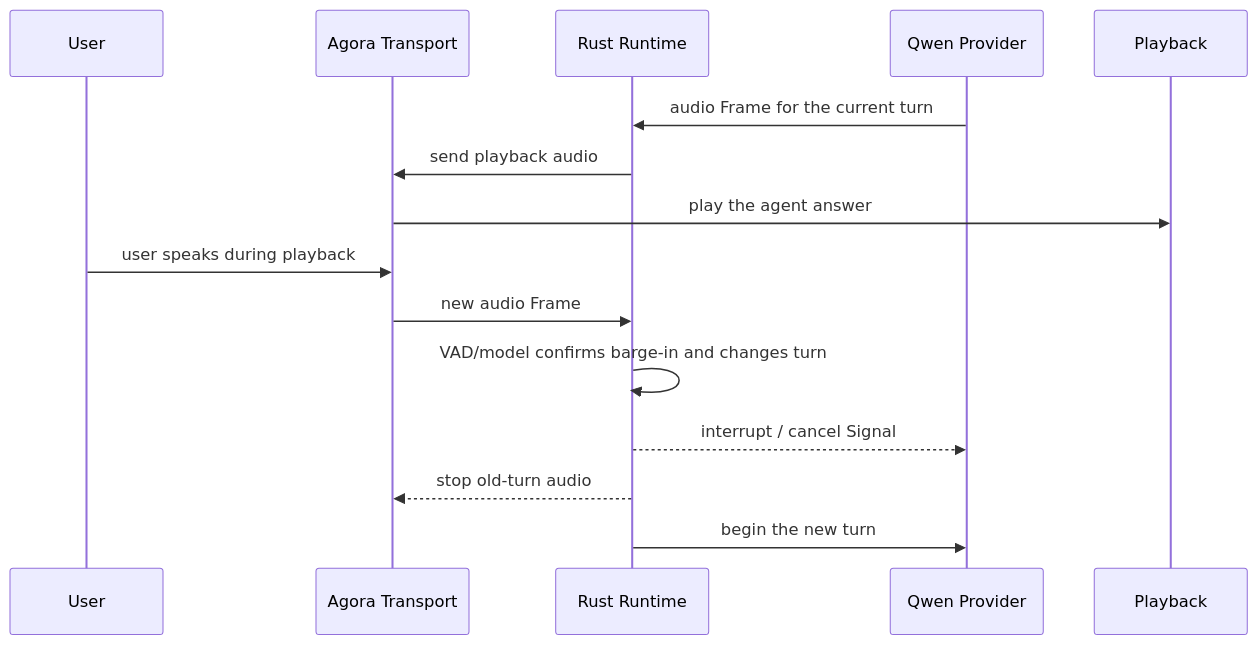
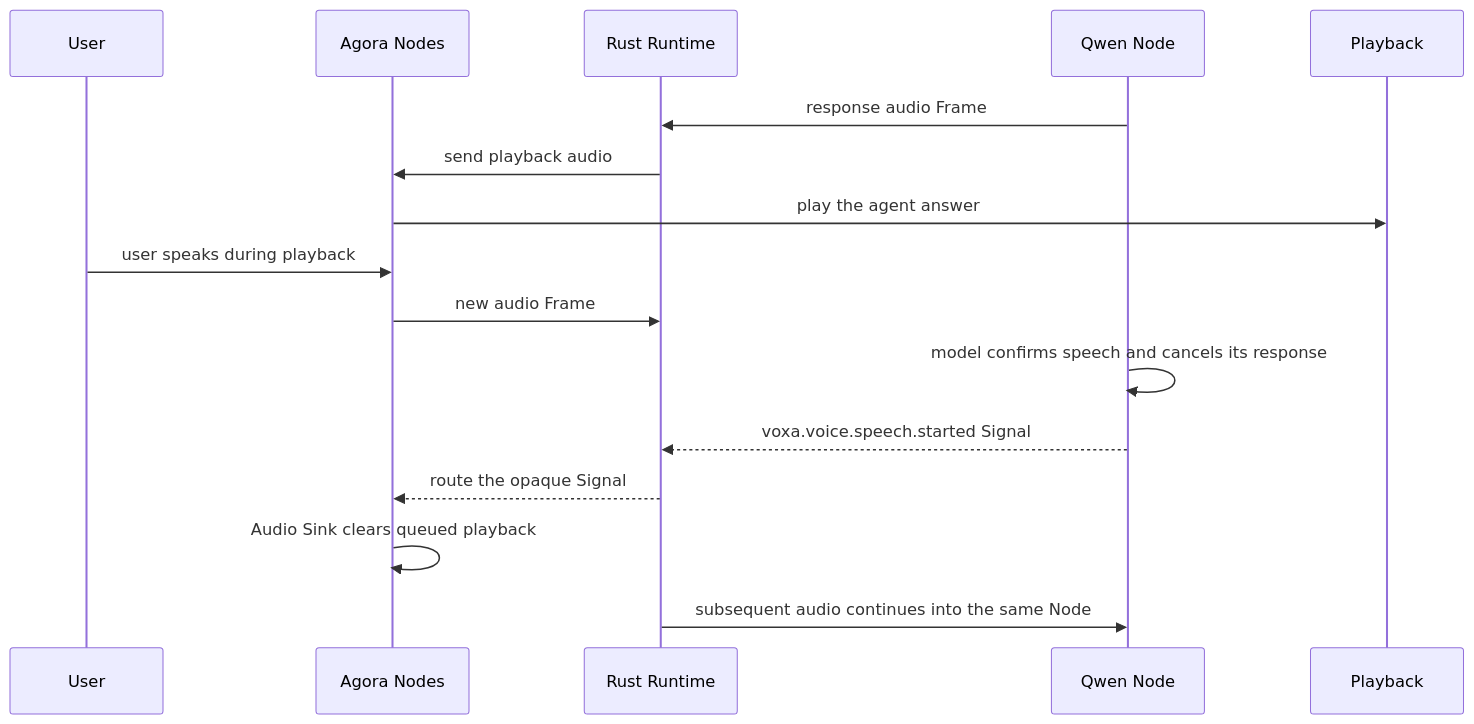
One commit to PiyotaHu/Voxa changed the third of 3 diagrams in docs/site/en/voice-architecture.md. Above: the diagram before and after it, drawn with Mermaid. The commit also changed other lines of this file and 105 other files, not shown here.

Commit message:
refactor voice runtime around unified nodes

````diff
--- a/docs/site/en/voice-architecture.md
+++ b/docs/site/en/voice-architecture.md
@@ -60,18 +60,19 @@
 ```mermaid
 sequenceDiagram
     participant U as User
-    participant T as Agora Transport
+    participant T as Agora Nodes
     participant R as Rust Runtime
-    participant M as Qwen Provider
+    participant M as Qwen Node
     participant P as Playback
 
-    M->>R: audio Frame for the current turn
+    M->>R: response audio Frame
     R->>T: send playback audio
     T->>P: play the agent answer
     U->>T: user speaks during playback
     T->>R: new audio Frame
-    R->>R: VAD/model confirms barge-in and changes turn
-    R-->>M: interrupt / cancel Signal
-    R-->>T: stop old-turn audio
-    R->>M: begin the new turn
+    M->>M: model confirms speech and cancels its response
+    M-->>R: voxa.voice.speech.started Signal
+    R-->>T: route the opaque Signal
+    T->>T: Audio Sink clears queued playback
+    R->>M: subsequent audio continues into the same Node
 ```
````
